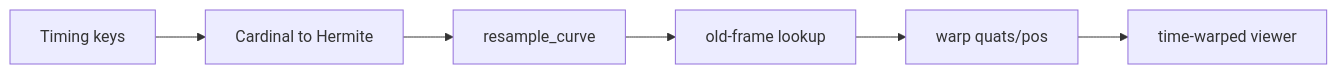
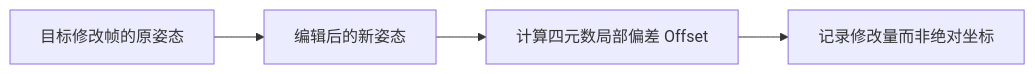
The eighth of 10 diagrams in docs/blog/AnimationPapers/motion_warping/README.md (EvihGraphics/AnimationTech-HTC), drawn with Mermaid before and after one commit. The commit also changed other lines of this file and 17 other files, not shown here.

Commit message:
docs(blog): standardize AnimationPapers and Theory with modular mermaid flows and media assets

````diff
--- a/docs/blog/AnimationPapers/motion_warping/README.md
+++ b/docs/blog/AnimationPapers/motion_warping/README.md
@@ -81,8 +172,6 @@
 ```mermaid
 flowchart LR
-    K[Timing keys] --> H[Cardinal to Hermite]
-    H --> R[resample_curve]
-    R --> Q[old-frame lookup]
-    Q --> W[warp quats/pos]
-    W --> V[time-warped viewer]
+    A[目标修改帧的原姿态] --> B[编辑后的新姿态]
+    B --> C[计算四元数局部偏差 Offset]
+    C --> D[记录修改量而非绝对坐标]
 ```
````
